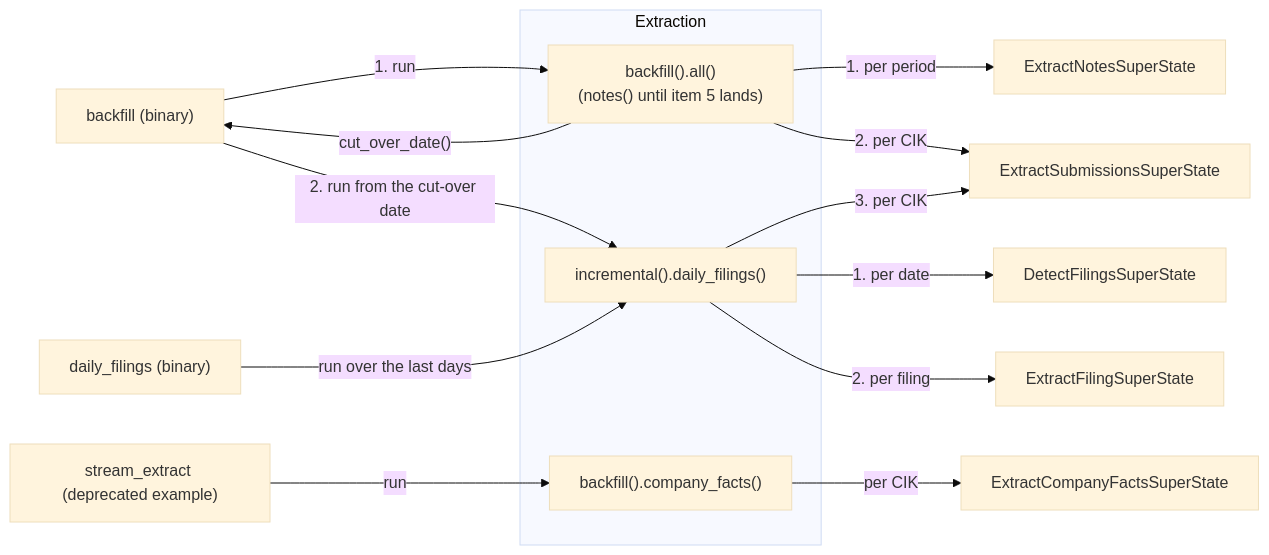
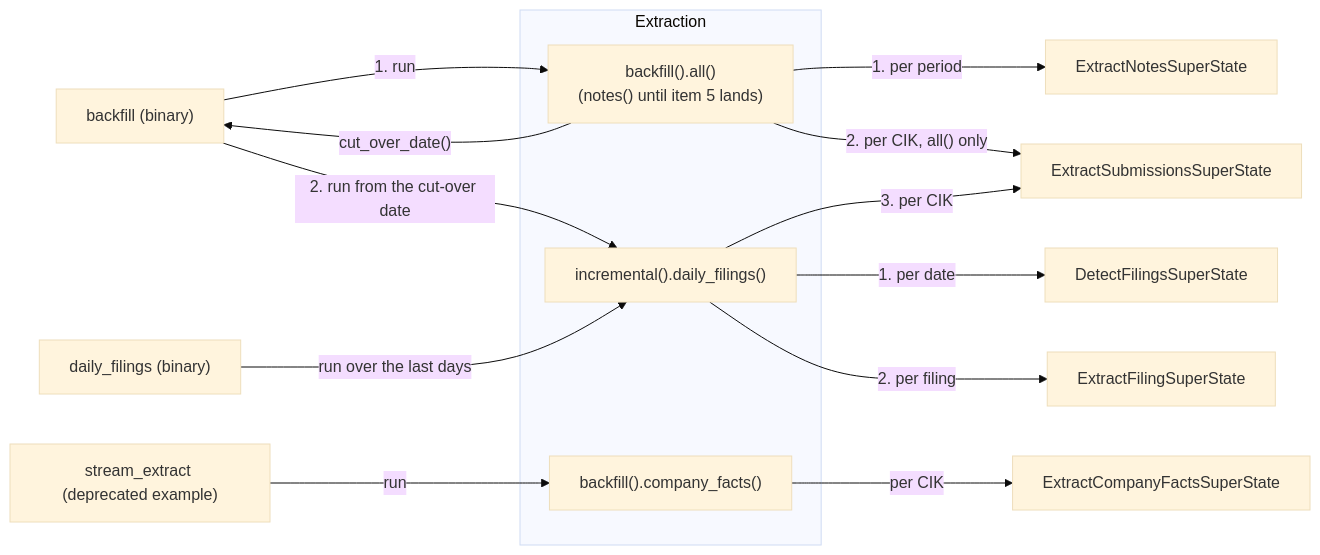
Before and after one commit to ironcapitaleu/arkad: the second of 2 diagrams in sec/design/pipeline/ingestion_paths.md, drawn with Mermaid (base theme). The commit also changed other lines of this file and 18 other files, not shown here.

````diff
--- a/sec/design/pipeline/ingestion_paths.md
+++ b/sec/design/pipeline/ingestion_paths.md
@@ -326,22 +326,22 @@
 ```mermaid
 flowchart LR
     BF["backfill (binary)"]
     DF["daily_filings (binary)"]
     EX["stream_extract (deprecated example)"]
     subgraph facade["Extraction"]
         ALL["backfill().all()<br/>(notes() until item 5 lands)"]
         DFS["incremental().daily_filings()"]
         CF["backfill().company_facts()"]
     end
     BF -->|"1. run"| ALL
     ALL -->|"cut_over_date()"| BF
     BF -->|"2. run from the cut-over date"| DFS
     DF -->|"run over the last days"| DFS
     EX -->|run| CF
     ALL -->|"1. per period"| ENS[ExtractNotesSuperState]
-    ALL -->|"2. per CIK"| ESS[ExtractSubmissionsSuperState]
+    ALL -->|"2. per CIK, all() only"| ESS[ExtractSubmissionsSuperState]
     DFS -->|"1. per date"| DET[DetectFilingsSuperState]
     DFS -->|"2. per filing"| EFS[ExtractFilingSuperState]
     DFS -->|"3. per CIK"| ESS
     CF -->|per CIK| ECS[ExtractCompanyFactsSuperState]
 ```
````
